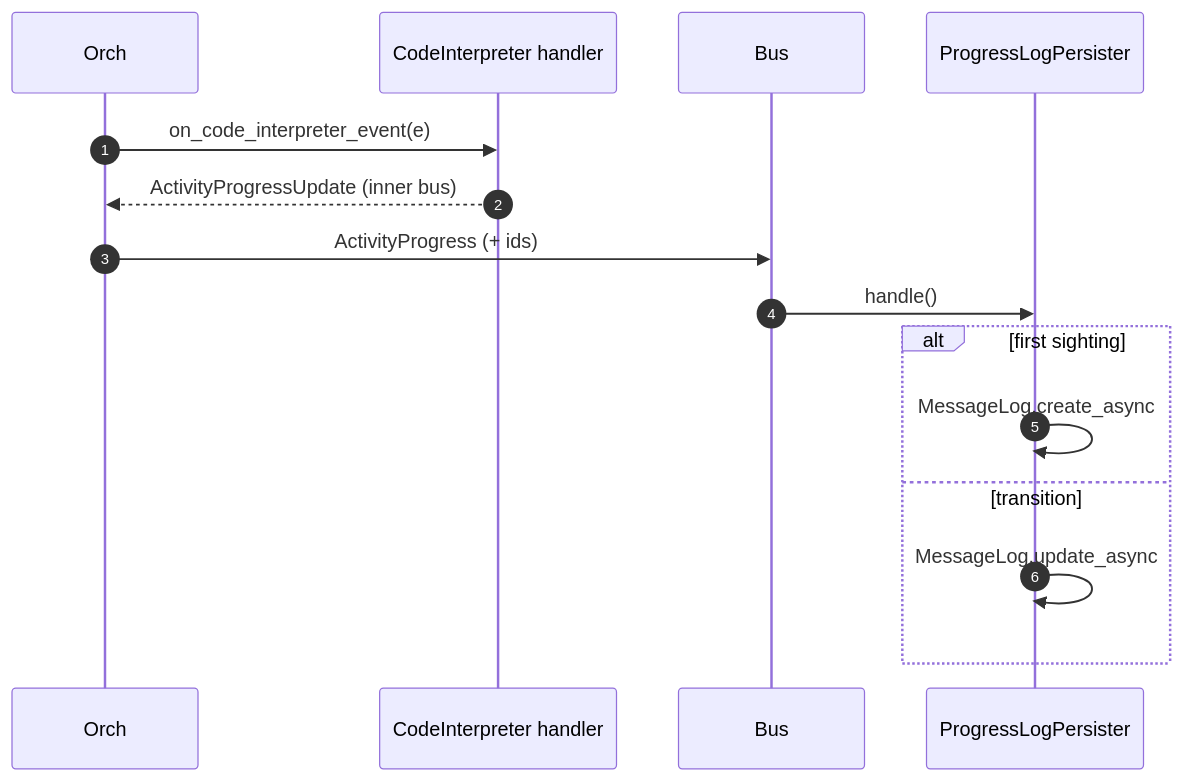
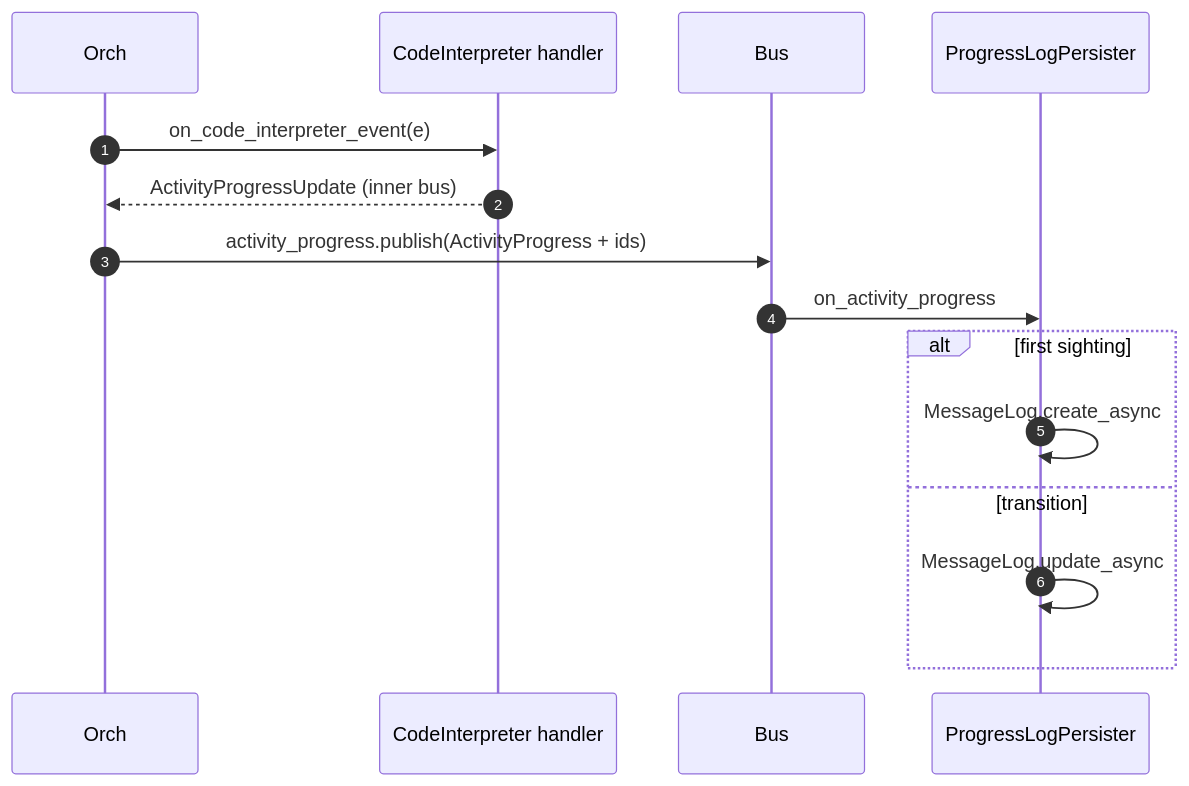
Before and after one commit to Unique-AG/ai: diagram 11 of 17 in unique_toolkit/docs/streaming_architecture_visual.md, drawn with Mermaid. The commit also changed other lines of this file and 19 other files, not shown here.

````diff
--- a/unique_toolkit/docs/streaming_architecture_visual.md
+++ b/unique_toolkit/docs/streaming_architecture_visual.md
@@ -363,18 +384,18 @@
 ```mermaid
 sequenceDiagram
     autonumber
     participant Orch
     participant CI as CodeInterpreter handler
     participant Bus
     participant PL as ProgressLogPersister
 
     Orch->>CI: on_code_interpreter_event(e)
     CI-->>Orch: ActivityProgressUpdate (inner bus)
-    Orch->>Bus: ActivityProgress (+ ids)
-    Bus->>PL: handle()
+    Orch->>Bus: activity_progress.publish(ActivityProgress + ids)
+    Bus->>PL: on_activity_progress
     alt first sighting
         PL->>PL: MessageLog.create_async
     else transition
         PL->>PL: MessageLog.update_async
     end
 ```
````
